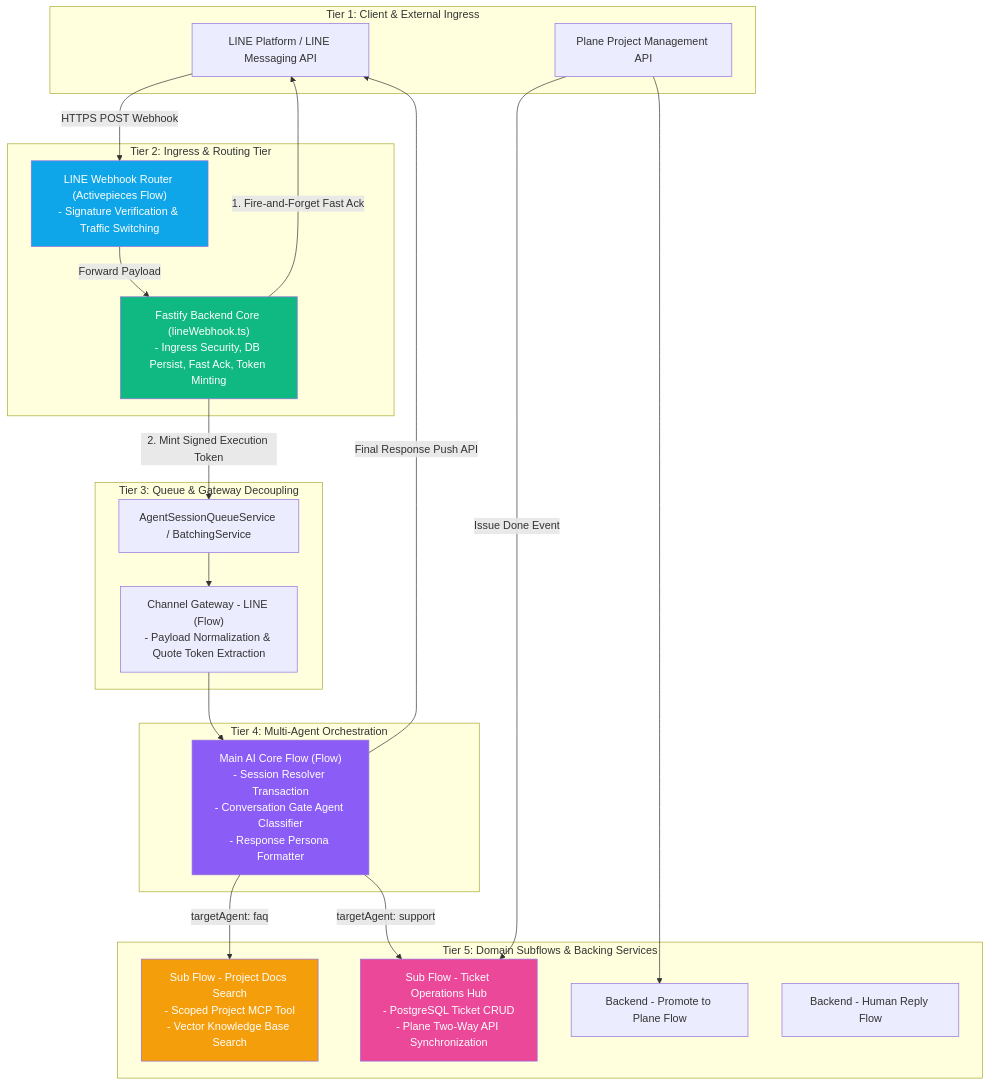
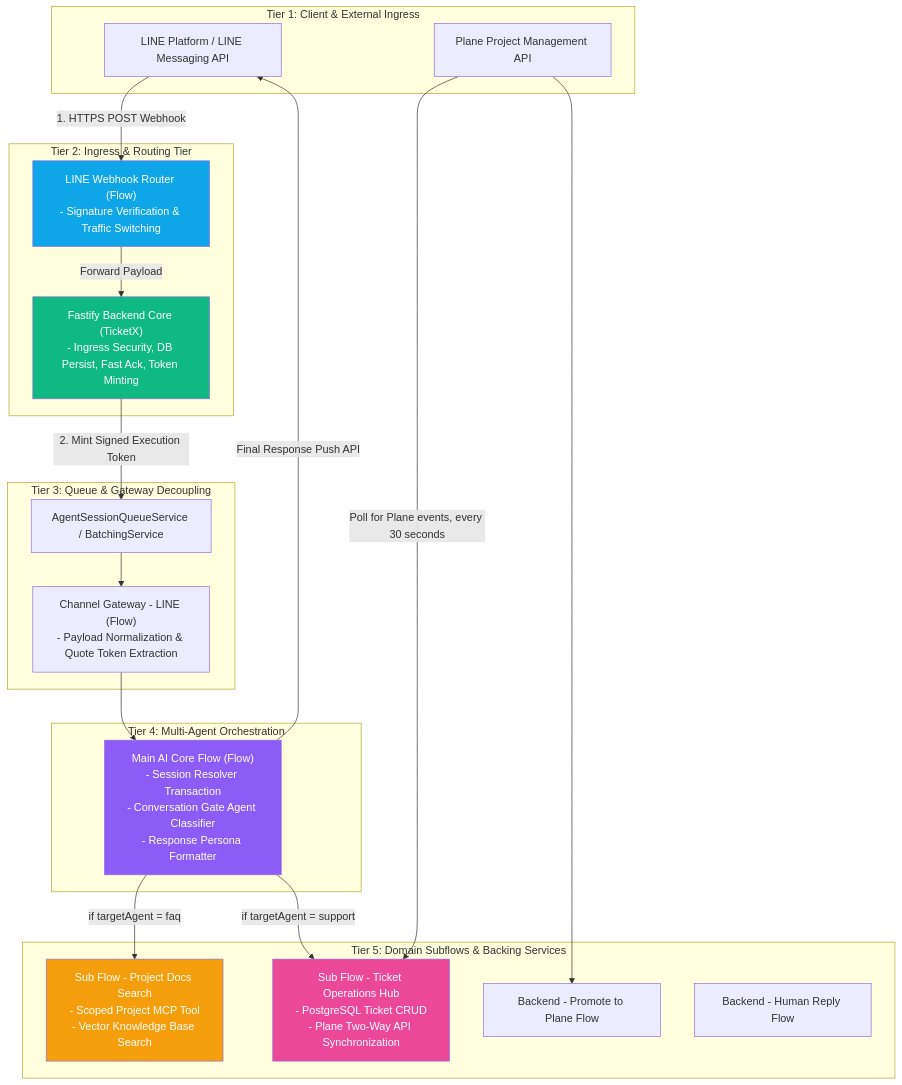
Before and after one commit to winknakk/TicketX-Production: the second of 7 diagrams in docs/AUTOMATIONX_WORKFLOW_ARCHITECTURE_EN.md, drawn with Mermaid.

````diff
--- a/docs/AUTOMATIONX_WORKFLOW_ARCHITECTURE_EN.md
+++ b/docs/AUTOMATIONX_WORKFLOW_ARCHITECTURE_EN.md
@@ -59,48 +59,39 @@
 ```mermaid
 flowchart TB
-    subgraph Tier1["Tier 1: Client & External Ingress"]
-        LINE_PLATFORM["LINE Platform / LINE Messaging API"]
-        PLANENOTIF["Plane Project Management API"]
-    end
-
-    subgraph Tier2["Tier 2: Ingress & Routing Tier"]
-        LROUTER["LINE Webhook Router (Activepieces Flow)<br/>- Signature Verification & Traffic Switching"]
-        BACKEND["Fastify Backend Core (lineWebhook.ts)<br/>- Ingress Security, DB Persist, Fast Ack, Token Minting"]
-    end
-
-    subgraph Tier3["Tier 3: Queue & Gateway Decoupling"]
-        QUEUE["AgentSessionQueueService / BatchingService"]
-        CGW["Channel Gateway - LINE (Flow)<br/>- Payload Normalization & Quote Token Extraction"]
-    end
-
-    subgraph Tier4["Tier 4: Multi-Agent Orchestration"]
-        MAIN["Main AI Core Flow (Flow)<br/>- Session Resolver Transaction<br/>- Conversation Gate Agent Classifier<br/>- Response Persona Formatter"]
-    end
-
-    subgraph Tier5["Tier 5: Domain Subflows & Backing Services"]
-        DOCS["Sub Flow - Project Docs Search<br/>- Scoped Project MCP Tool<br/>- Vector Knowledge Base Search"]
-        TICKETS["Sub Flow - Ticket Operations Hub<br/>- PostgreSQL Ticket CRUD<br/>- Plane Two-Way API Synchronization"]
-        PLANE_FLOW["Backend - Promote to Plane Flow"]
-        HUMAN_FLOW["Backend - Human Reply Flow"]
-    end
-
-    LINE_PLATFORM -->|HTTPS POST Webhook| LROUTER
-    LROUTER -->|Forward Payload| BACKEND
-    BACKEND -->|1. Fire-and-Forget Fast Ack| LINE_PLATFORM
-    BACKEND -->|2. Mint Signed Execution Token| QUEUE
-    QUEUE --> CGW
-    CGW --> MAIN
-
-    MAIN -->|targetAgent: faq| DOCS
-    MAIN -->|targetAgent: support| TICKETS
-    MAIN -->|Final Response Push API| LINE_PLATFORM
-
-    PLANENOTIF -->|Issue Done Event| TICKETS
-    PLANENOTIF --> PLANE_FLOW
-
-    style LROUTER fill:#0ea5e9,color:#fff
-    style BACKEND fill:#10b981,color:#fff
-    style MAIN fill:#8b5cf6,color:#fff
-    style DOCS fill:#f59e0b,color:#fff
-    style TICKETS fill:#ec4899,color:#fff
+subgraph Tier1["Tier 1: Client & External Ingress"]
+LINE_PLATFORM["LINE Platform / LINE Messaging API"]
+PLANENOTIF["Plane Project Management API"]
+end
+subgraph Tier2["Tier 2: Ingress & Routing Tier"]
+LROUTER["LINE Webhook Router (Flow)<br/>- Signature Verification & Traffic Switching"]
+BACKEND["Fastify Backend Core (TicketX)<br/>- Ingress Security, DB Persist, Fast Ack, Token Minting"]
+end
+subgraph Tier3["Tier 3: Queue & Gateway Decoupling"]
+QUEUE["AgentSessionQueueService / BatchingService"]
+CGW["Channel Gateway - LINE (Flow)<br/>- Payload Normalization & Quote Token Extraction"]
+end
+subgraph Tier4["Tier 4: Multi-Agent Orchestration"]
+MAIN["Main AI Core Flow (Flow)<br/>- Session Resolver Transaction<br/>- Conversation Gate Agent Classifier<br/>- Response Persona Formatter"]
+end
+subgraph Tier5["Tier 5: Domain Subflows & Backing Services"]
+DOCS["Sub Flow - Project Docs Search<br/>- Scoped Project MCP Tool<br/>- Vector Knowledge Base Search"]
+TICKETS["Sub Flow - Ticket Operations Hub<br/>- PostgreSQL Ticket CRUD<br/>- Plane Two-Way API Synchronization"]
+PLANE_FLOW["Backend - Promote to Plane Flow"]
+HUMAN_FLOW["Backend - Human Reply Flow"]
+end
+LINE_PLATFORM -->|1. HTTPS POST Webhook| LROUTER
+LROUTER -->|Forward Payload| BACKEND
+BACKEND -->|2. Mint Signed Execution Token| QUEUE
+QUEUE --> CGW
+CGW --> MAIN
+MAIN -->|if targetAgent = faq| DOCS
+MAIN -->|if targetAgent = support| TICKETS
+MAIN -->|Final Response Push API| LINE_PLATFORM
+PLANENOTIF -->|Poll for Plane events, every 30 seconds| TICKETS
+PLANENOTIF --> PLANE_FLOW
+style LROUTER fill:#0ea5e9,color:#fff
+style BACKEND fill:#10b981,color:#fff
+style MAIN fill:#8b5cf6,color:#fff
+style DOCS fill:#f59e0b,color:#fff
+style TICKETS fill:#ec4899,color:#fff
 ```
````
